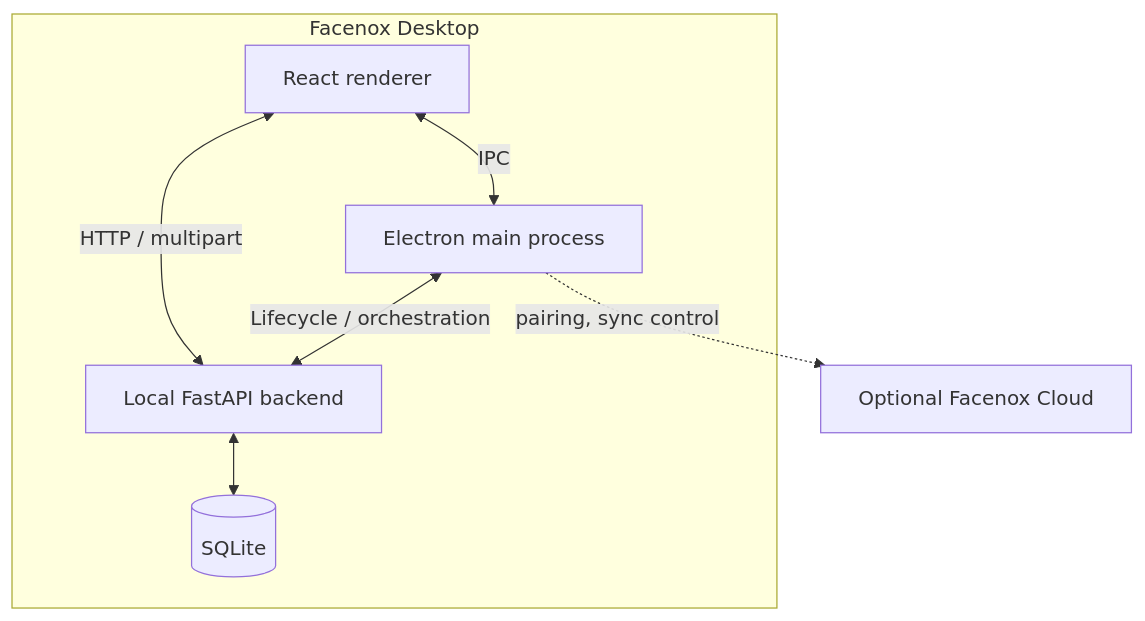
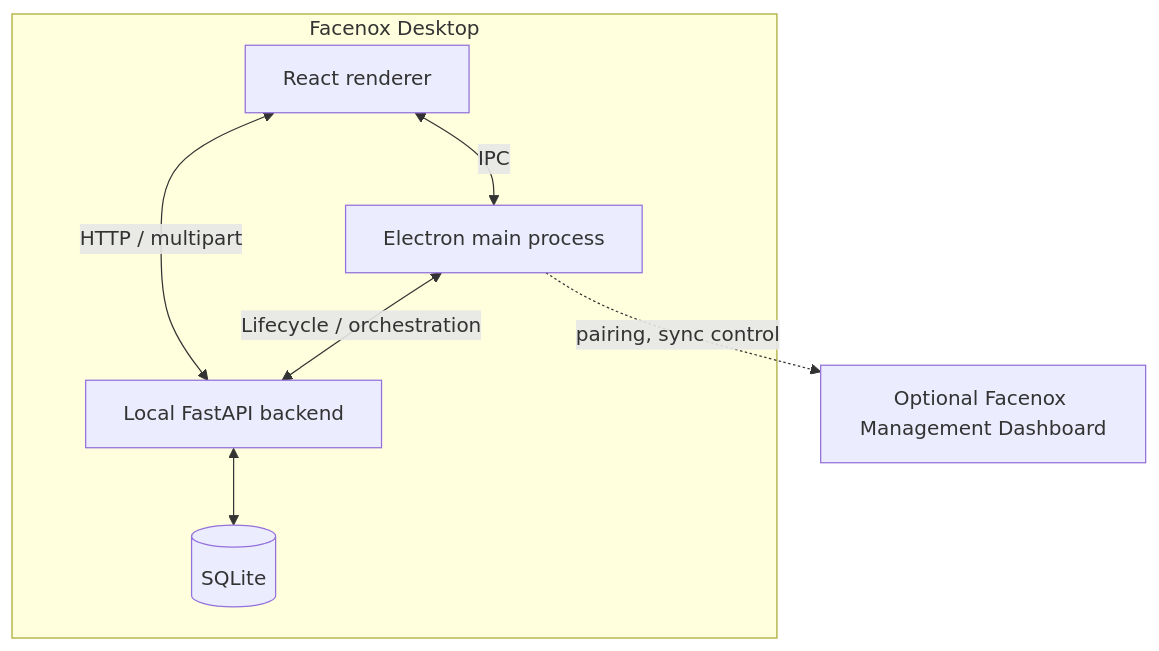
Before and after one commit to SuriAI/suri: the diagram in docs/ARCHITECTURE.md, drawn with Mermaid. The commit also changed other lines of this file and 9 other files, not shown here.

Commit message:
refactor: rename Cloud Beta integration to Management Dashboard Beta across documentation and codebase

````diff
--- a/docs/ARCHITECTURE.md
+++ b/docs/ARCHITECTURE.md
@@ -15,18 +15,18 @@
 ```mermaid
 graph TD
     subgraph Desktop["Facenox Desktop"]
         UI["React renderer"]
         MAIN["Electron main process"]
         API["Local FastAPI backend"]
         DB[("SQLite")]
 
         UI <-->|IPC| MAIN
         UI <-->|HTTP / multipart| API
         MAIN <-->|Lifecycle / orchestration| API
         API <--> DB
     end
 
-    CLOUD["Optional Facenox Cloud"]
+    CLOUD["Optional Facenox Management Dashboard"]
 
     MAIN -. pairing, sync control .-> CLOUD
 ```
````
